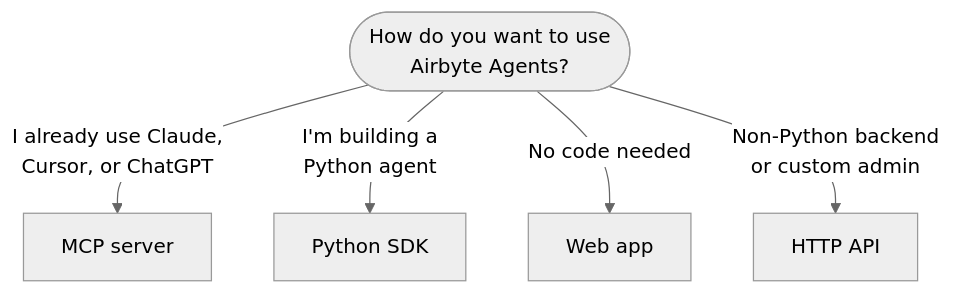
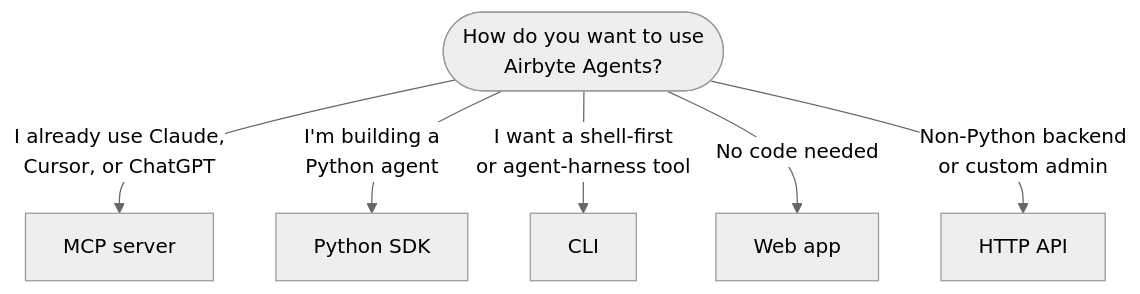
One commit to airbytehq/airbyte changed the diagram in docs/ai-agents/get-started/choose-how-to-use.md. Above: the diagram before and after it, drawn with Mermaid (neutral theme). The commit also changed other lines of this file and 12 other files, not shown here.

First line of the commit message:
docs(ai-agents): add Agent CLI interface section

````diff
--- a/docs/ai-agents/get-started/choose-how-to-use.md
+++ b/docs/ai-agents/get-started/choose-how-to-use.md
@@ -13,13 +13,15 @@
 ```mermaid
 flowchart TD
     START(["How do you want to use<br/>Airbyte Agents?"])
     START -->|"I already use Claude,<br/>Cursor, or ChatGPT"| MCP["MCP server"]
     START -->|"I'm building a<br/>Python agent"| SDK["Python SDK"]
+    START -->|"I want a shell-first<br/>or agent-harness tool"| CLI["CLI"]
     START -->|"No code needed"| WEB["Web app"]
     START -->|"Non-Python backend<br/>or custom admin"| API["HTTP API"]
 
     click MCP "#mcp-server"
     click SDK "#python-sdk"
+    click CLI "#cli"
     click WEB "#web-app"
     click API "#http-api"
 ```
````
